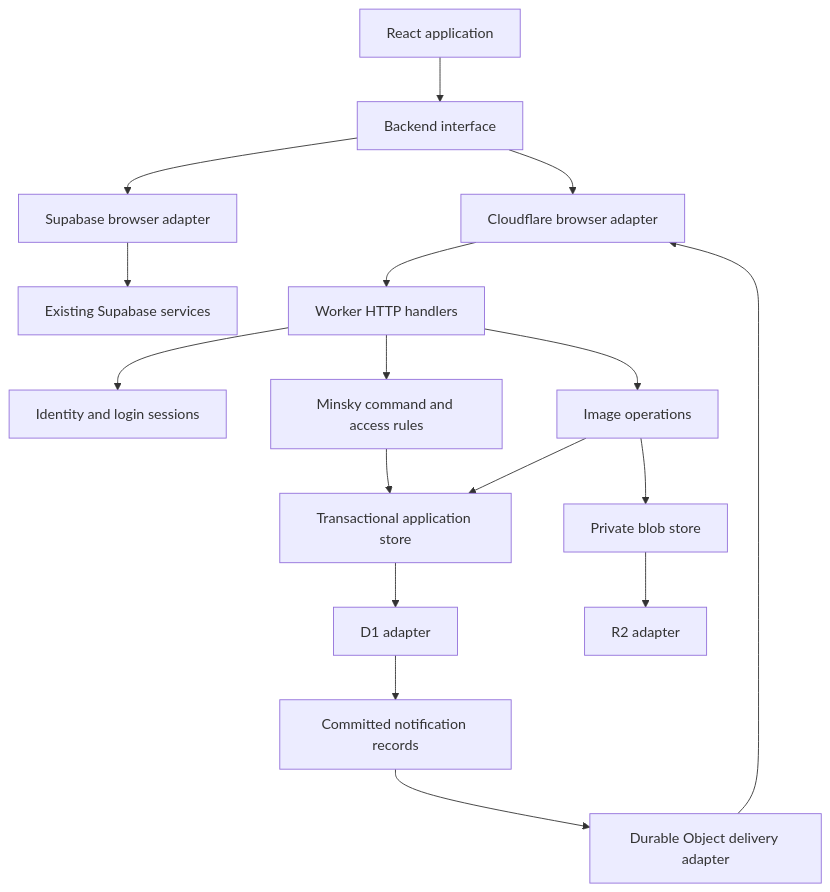
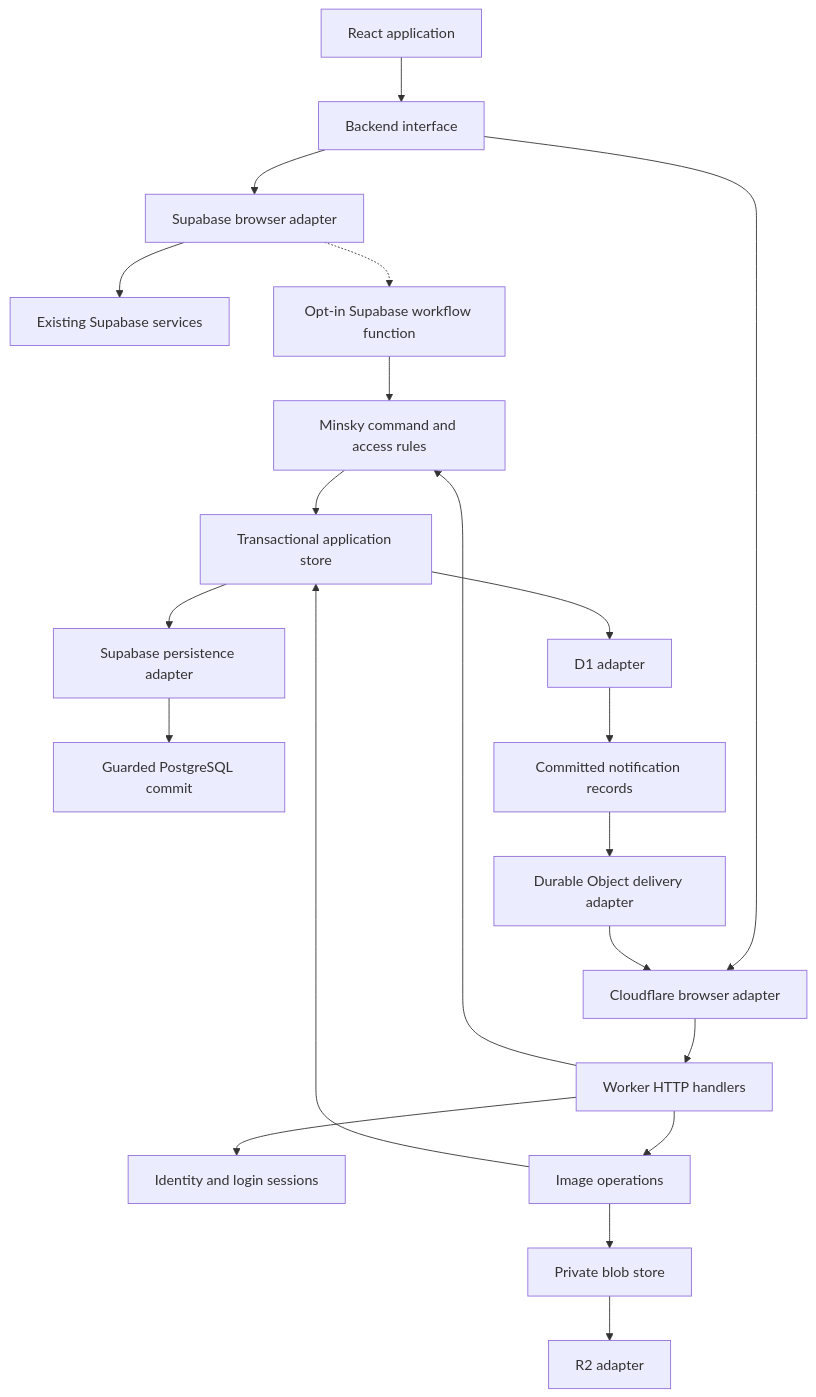
Before and after one commit to icaic-official/contest-support: the diagram in docs/cloudflare-backend-design.md, drawn with Mermaid. The commit also changed other lines of this file and 36 other files, not shown here.

First line of the commit message:
Extract shared server workflow and verify Supabase execution

````diff
--- a/docs/cloudflare-backend-design.md
+++ b/docs/cloudflare-backend-design.md
@@ -29,19 +32,23 @@
 ```mermaid
 flowchart TD
     UI[React application] --> Contract[Backend interface]
     Contract --> SB[Supabase browser adapter]
     Contract --> CF[Cloudflare browser adapter]
     SB --> Current[Existing Supabase services]
+    SB -.-> SF[Opt-in Supabase workflow function]
+    SF --> Domain
     CF --> API[Worker HTTP handlers]
     API --> Identity[Identity and login sessions]
     API --> Domain[Minsky command and access rules]
     Domain --> Store[Transactional application store]
     API --> Images[Image operations]
     Images --> Store
     Images --> Blobs[Private blob store]
     Store --> D1[D1 adapter]
+    Store --> SP[Supabase persistence adapter]
+    SP --> PG[Guarded PostgreSQL commit]
     Blobs --> R2[R2 adapter]
     D1 --> Pending[Committed notification records]
     Pending --> Live[Durable Object delivery adapter]
     Live --> CF
 ```
````
